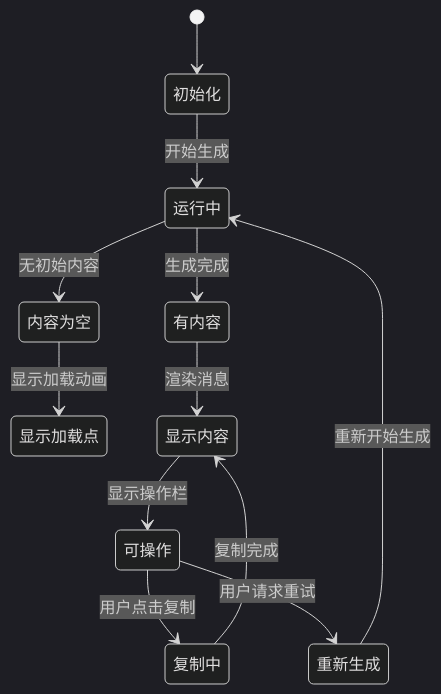
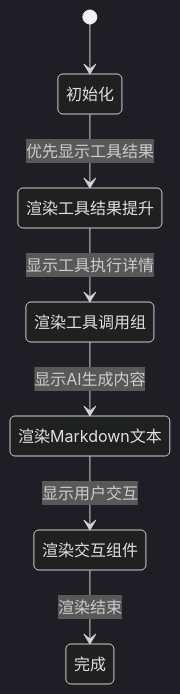
One commit to verse-ai-org/openclaw changed the eighth of 13 diagrams in .qoder/repowiki/zh/content/Assistant Message Component/Assistant Message Component.md. Above: the diagram before and after it, drawn with Mermaid (dark theme). The commit also changed other lines of this file and 95 other files, not shown here.

````diff
--- a/.qoder/repowiki/zh/content/Assistant Message Component/Assistant Message Component.md
+++ b/.qoder/repowiki/zh/content/Assistant Message Component/Assistant Message Component.md
@@ -335,14 +428,9 @@
 ```mermaid
 stateDiagram-v2
 [*] --> 初始化
-初始化 --> 运行中 : 开始生成
-运行中 --> 内容为空 : 无初始内容
-内容为空 --> 显示加载点 : 显示加载动画
-运行中 --> 有内容 : 生成完成
-有内容 --> 显示内容 : 渲染消息
-显示内容 --> 可操作 : 显示操作栏
-可操作 --> 复制中 : 用户点击复制
-复制中 --> 显示内容 : 复制完成
-可操作 --> 重新生成 : 用户请求重试
-重新生成 --> 运行中 : 重新开始生成
+初始化 --> 渲染工具结果提升 : 优先显示工具结果
+渲染工具结果提升 --> 渲染工具调用组 : 显示工具执行详情
+渲染工具调用组 --> 渲染Markdown文本 : 显示AI生成内容
+渲染Markdown文本 --> 渲染交互组件 : 显示用户交互
+渲染交互组件 --> 完成 : 渲染结束
 ```
````
